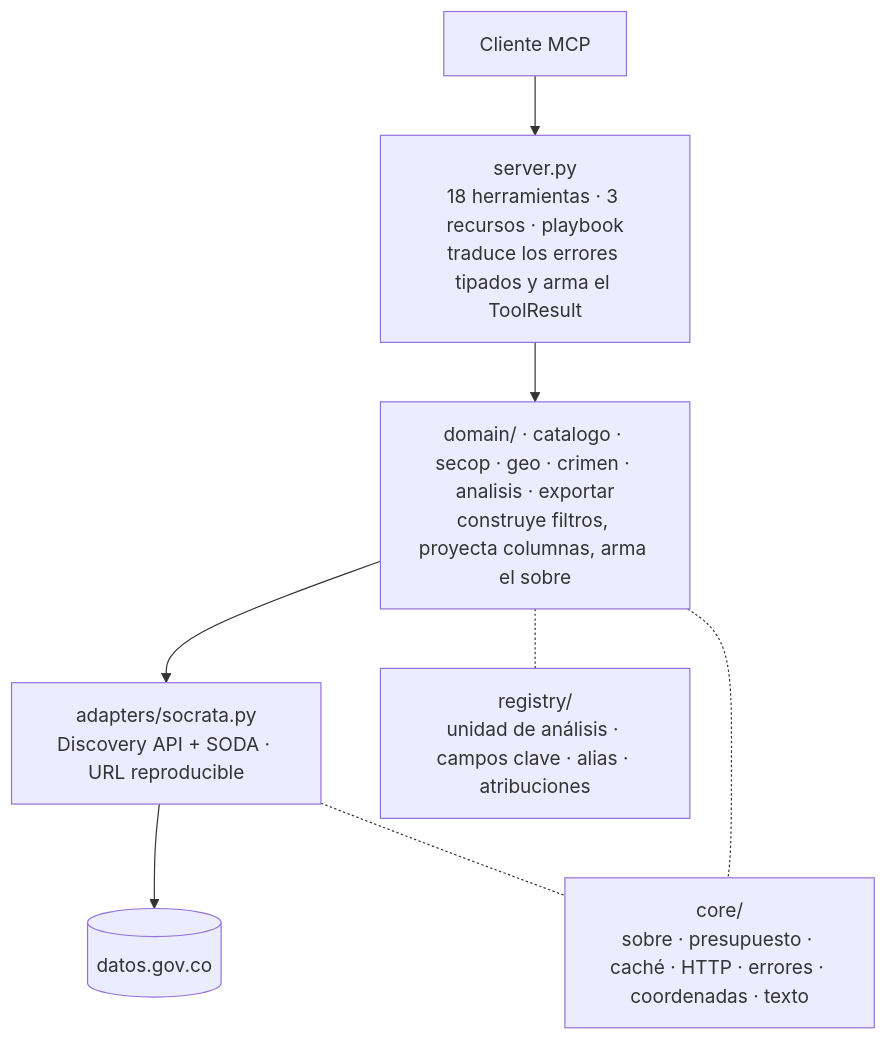
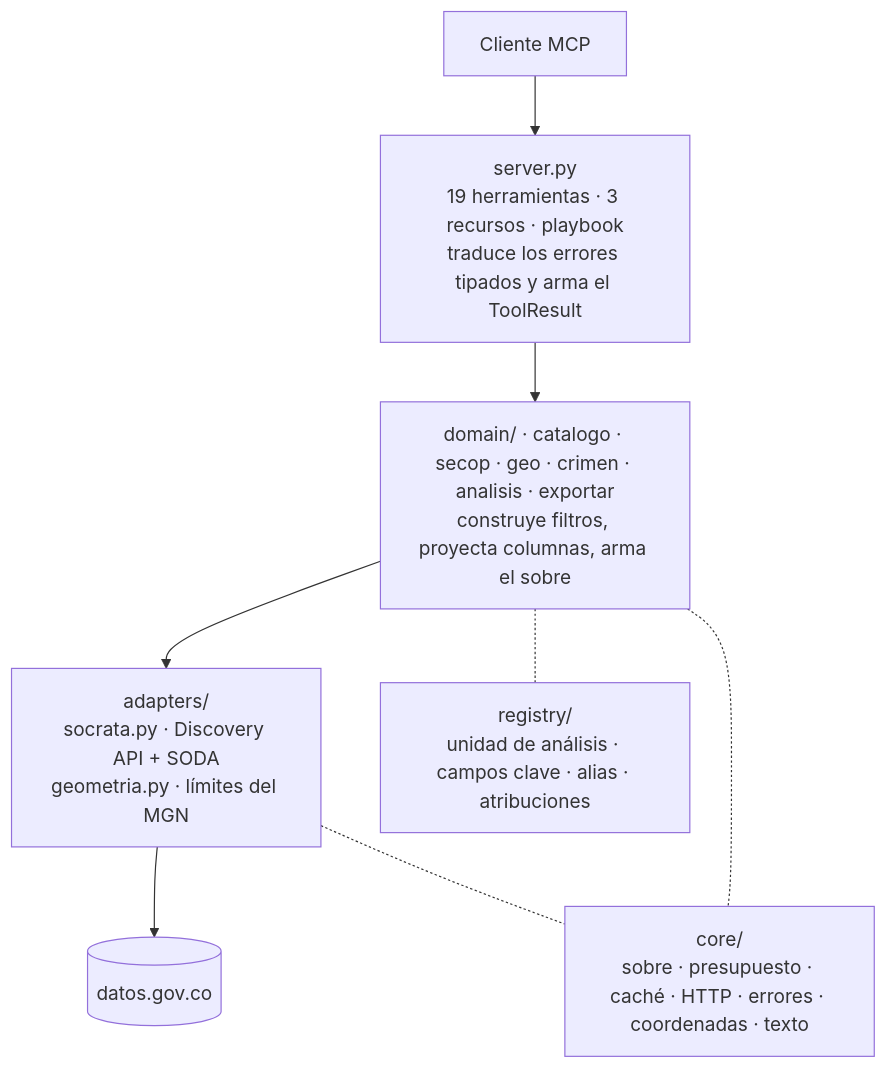
Before and after one commit to manuelcastiblan/colombia-datos-mcp: the first of 2 diagrams in docs/arquitectura.md, drawn with Mermaid. The commit also changed other lines of this file and 10 other files, not shown here.

````diff
--- a/docs/arquitectura.md
+++ b/docs/arquitectura.md
@@ -6,15 +6,15 @@
 ```mermaid
 flowchart TD
     cliente["Cliente MCP"]
-    server["server.py<br/>18 herramientas · 3 recursos · playbook<br/>traduce los errores tipados y arma el ToolResult"]
+    server["server.py<br/>19 herramientas · 3 recursos · playbook<br/>traduce los errores tipados y arma el ToolResult"]
     dominio["domain/ · catalogo · secop · geo · crimen · analisis · exportar<br/>construye filtros, proyecta columnas, arma el sobre"]
-    adaptador["adapters/socrata.py<br/>Discovery API + SODA · URL reproducible"]
+    adaptador["adapters/<br/>socrata.py · Discovery API + SODA<br/>geometria.py · límites del MGN"]
     fuente[("datos.gov.co")]
     registro["registry/<br/>unidad de análisis · campos clave · alias · atribuciones"]
     nucleo["core/<br/>sobre · presupuesto · caché · HTTP · errores · coordenadas · texto"]
 
     cliente --> server --> dominio --> adaptador --> fuente
     dominio -.- registro
     dominio -.- nucleo
     adaptador -.- nucleo
 ```
````
